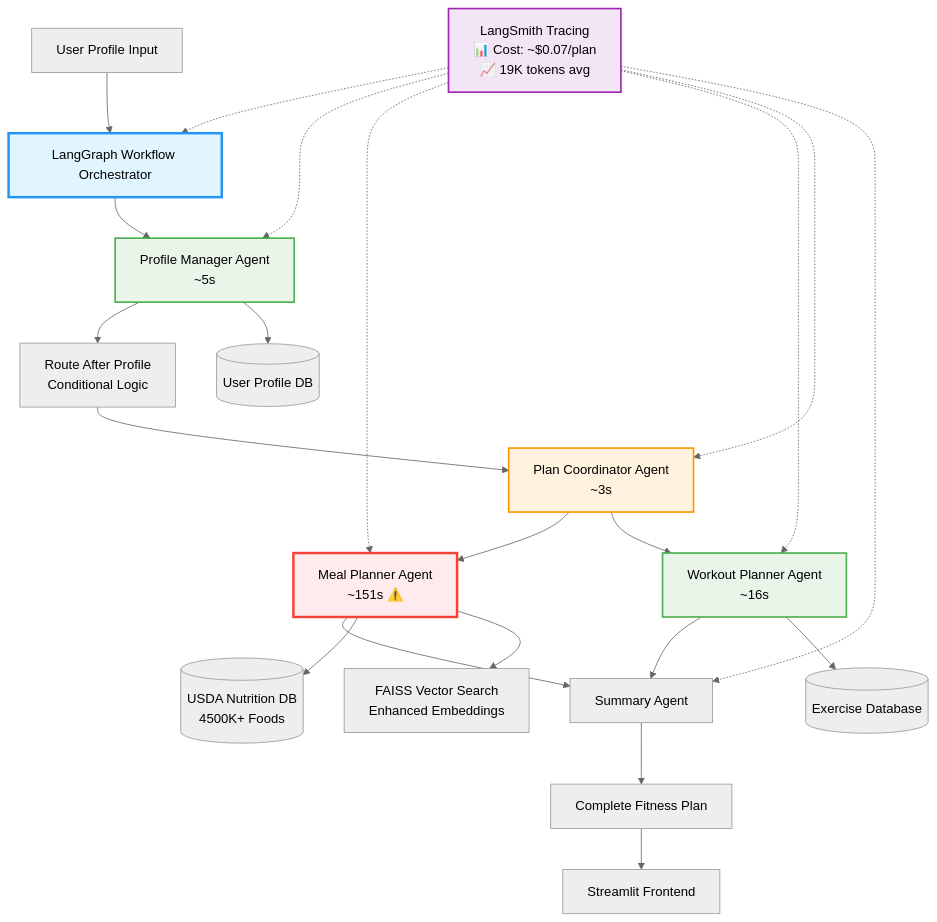
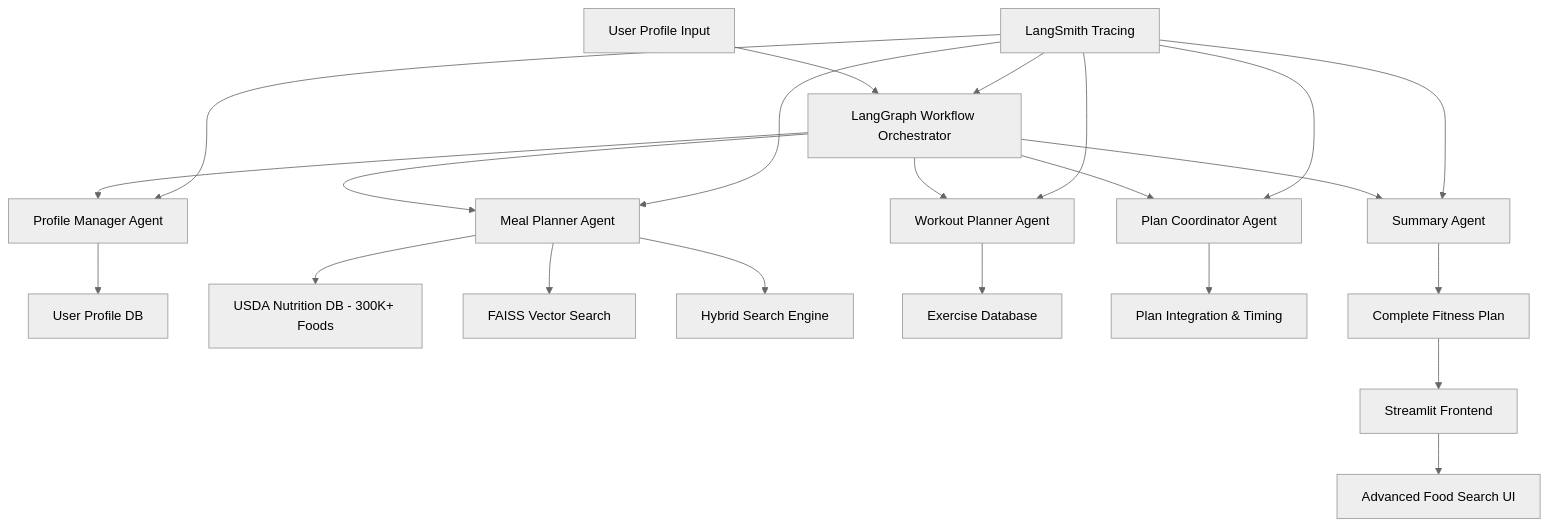
One commit to zen-apps/ai-fitness-planner changed the diagram in ARCHITECTURE.md. Above: the diagram before and after it, drawn with Mermaid (neutral theme).

````diff
--- a/ARCHITECTURE.md
+++ b/ARCHITECTURE.md
@@ -27,37 +27,27 @@
 ```mermaid
-graph TB
+graph TD
     A[User Profile Input] --> B[LangGraph Workflow Orchestrator]
-    B --> C[Profile Manager Agent<br/>~5s]
-    C --> H[Route After Profile<br/>Conditional Logic]
-    H --> F[Plan Coordinator Agent<br/>~3s]
+    B --> C[Profile Manager Agent]
+    B --> D[Meal Planner Agent]
+    B --> E[Workout Planner Agent]
+    B --> F[Plan Coordinator Agent]
+    B --> G[Summary Agent]
     
-    F --> D[Meal Planner Agent<br/>~151s ⚠️]
-    F --> E[Workout Planner Agent<br/>~16s]
+    C --> H[User Profile DB]
+    D --> I[USDA Nutrition DB - 300K+ Foods]
+    D --> J[FAISS Vector Search]
+    D --> K[Hybrid Search Engine]
+    E --> L[Exercise Database]
     
-    D --> G[Summary Agent]
-    E --> G
-    G --> M[Complete Fitness Plan]
-    M --> N[Streamlit Frontend]
+    F --> M[Plan Integration & Timing]
+    G --> N[Complete Fitness Plan]
+    N --> O[Streamlit Frontend]
+    O --> P[Advanced Food Search UI]
     
-    %% Data Sources
-    C --> I[(User Profile DB)]
-    D --> J[(USDA Nutrition DB<br/>4500K+ Foods)]
-    D --> K[FAISS Vector Search<br/>Enhanced Embeddings]
-    E --> L[(Exercise Database)]
-    
-    %% Observability
-    O[LangSmith Tracing<br/>📊 Cost: ~$0.07/plan<br/>📈 19K tokens avg] -.-> B
-    O -.-> C
-    O -.-> D
-    O -.-> E
-    O -.-> F
-    O -.-> G
-    
-    %% Performance Indicators
-    style D fill:#ffebee,stroke:#f44336,stroke-width:3px
-    style E fill:#e8f5e8,stroke:#4caf50,stroke-width:2px
-    style C fill:#e8f5e8,stroke:#4caf50,stroke-width:2px
-    style F fill:#fff3e0,stroke:#ff9800,stroke-width:2px
-    style O fill:#f3e5f5,stroke:#9c27b0,stroke-width:2px
-    style B fill:#e1f5fe,stroke:#2196f3,stroke-width:3px
+    Q[LangSmith Tracing] --> B
+    Q --> C
+    Q --> D
+    Q --> E
+    Q --> F
+    Q --> G
 ```
````
